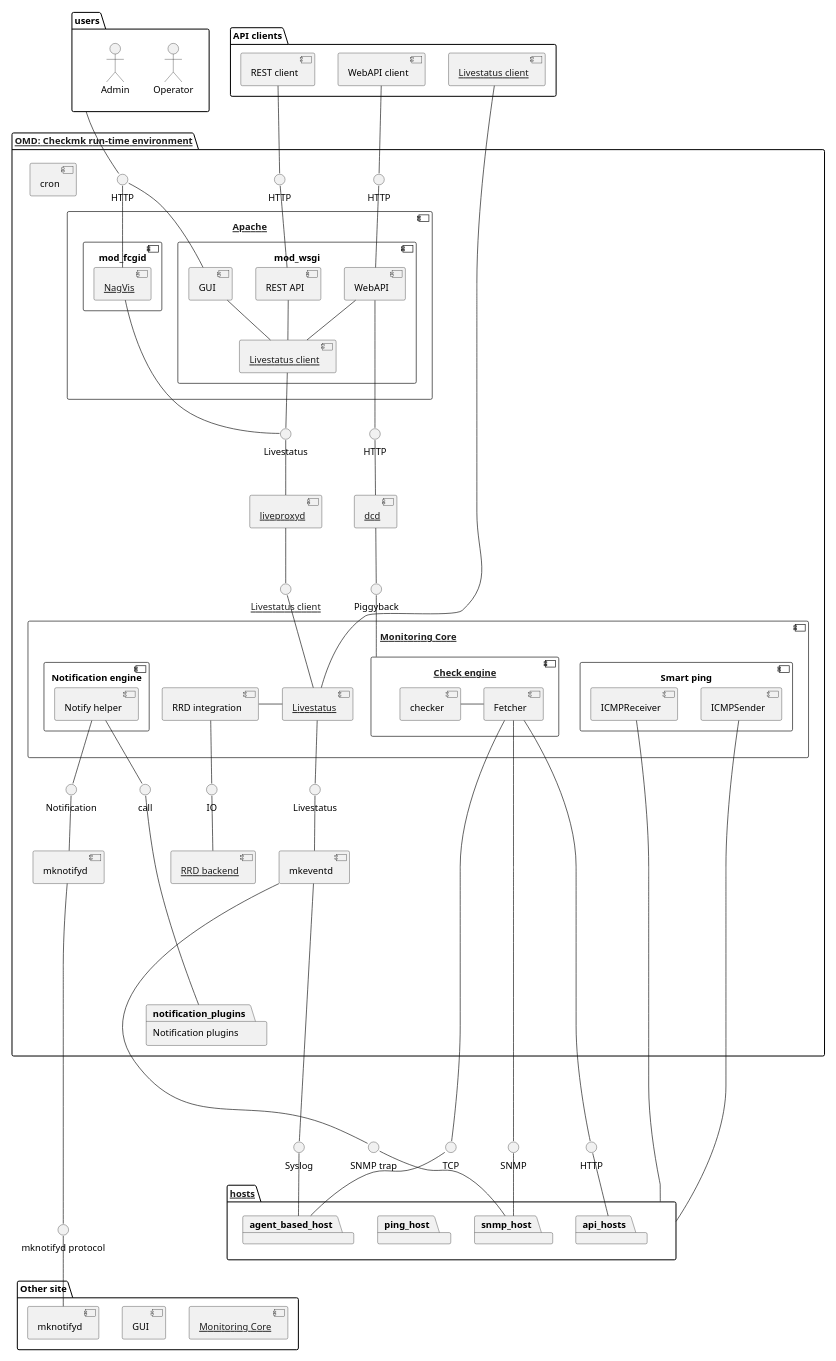
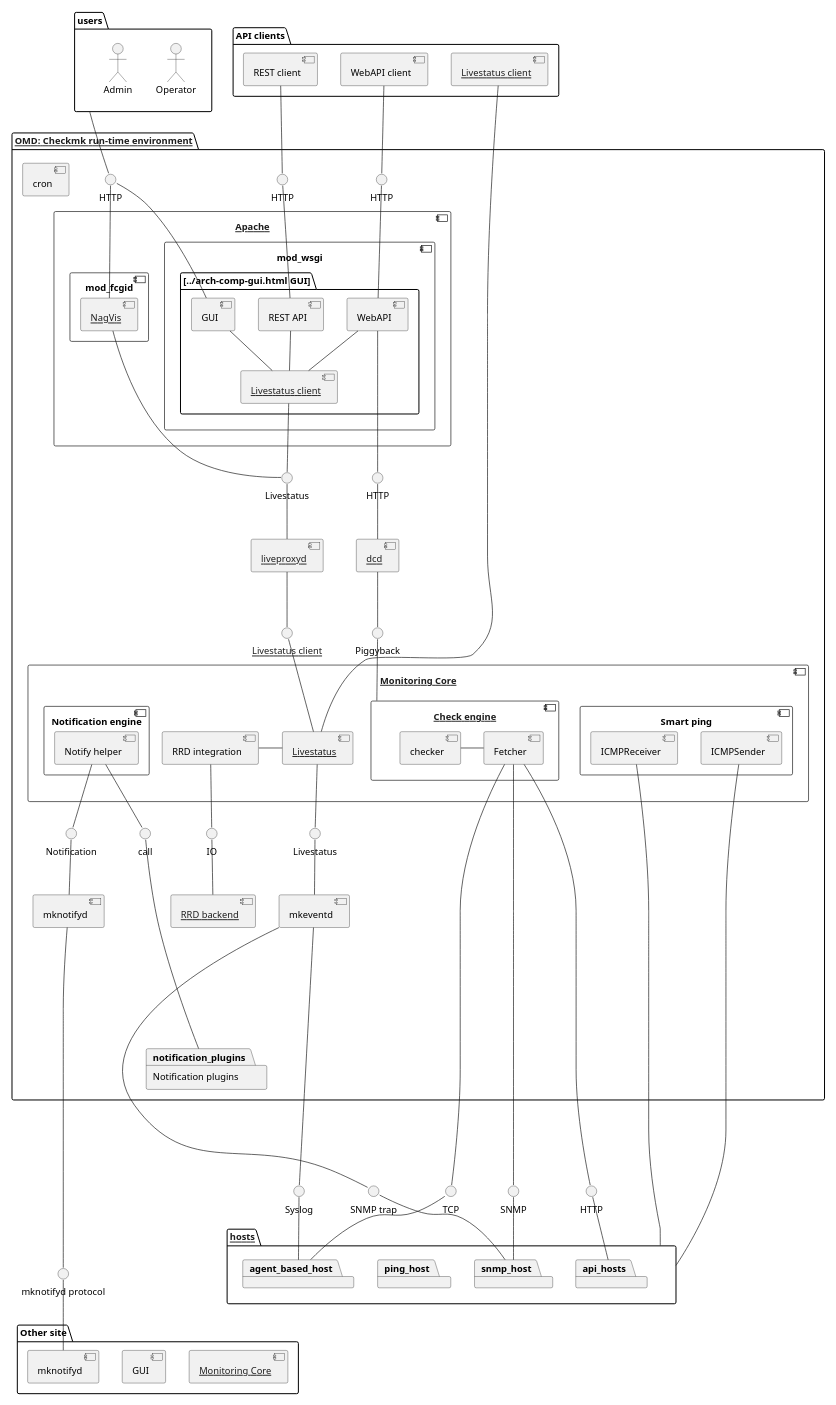
One commit to Checkmk/checkmk changed the diagram in doc/documentation/topology.puml. Above: the diagram before and after it, drawn with PlantUML. The commit also changed 4 other files, not shown here.

```diff
--- a/doc/documentation/topology.puml
+++ b/doc/documentation/topology.puml
@@ -1,149 +1,151 @@
 @startuml
 skinparam componentStyle uml2
 skinparam monochrome true
 ' Remove shadows
 skinparam shadowing false
 scale 0.6
 
 package users {
     actor "Operator" as operator
     actor "Admin" as admin
 }
 
 package "API clients" as api_clients {
     component "WebAPI client" as web_api_client
     component "REST client" as rest_api_client
     component "[[../arch-comp-livestatus-client.html Livestatus client]]" as external_livestatus_client
 }
 
 package "[[../arch-comp-omd.html OMD: Checkmk run-time environment]]" as omd {
     interface HTTP as http_gui
     interface HTTP as http_rest_api
     interface HTTP as http_web_api
     component "[[../arch-comp-apache.html Apache]]" as apache {
         component "mod_wsgi" as mod_wsgi {
-            component GUI
-            component "REST API" as rest_api
-            component WebAPI
-            component "[[../arch-comp-livestatus-client.html Livestatus client]]" as apache_livestatus_client
+            package "[[../arch-comp-gui.html GUI]]" {
+                component GUI
+                component "REST API" as rest_api
+                component WebAPI
+                component "[[../arch-comp-livestatus-client.html Livestatus client]]" as apache_livestatus_client
+            }
         }
         component mod_fcgid {
             component "[[../arch-comp-nagvis.html NagVis]]" as nagvis
         }
     }
     interface Livestatus as apache_livestatus
 
     component "[[../arch-comp-core.html Monitoring Core]]" as cmc {
         component "RRD integration" as rrd_integration
         component "[[../arch-comp-livestatus.html Livestatus]]" as cmc_livestatus_server
         component "[[../arch-comp-checkengine.html Check engine]]" as check_engine {
             component checker
             component Fetcher
         }
         component "Smart ping" as smart_ping {
             component ICMPReceiver
             component ICMPSender
         }
         component "Notification engine" as cmc_notify {
             component "Notify helper" as notify_helper
         }
     }
     interface "call" as call_notification_plugins
 
     component cron
 
     component "[[../arch-comp-liveproxyd.html liveproxyd]]" as liveproxyd
     interface "[[../arch-comp-livestatus-client.html Livestatus client]]" as liveproxyd_livestatus_client
 
     component "[[../arch-comp-dcd.html dcd]]" as dcd
     interface "HTTP" as dcd_web_api_client
     interface Piggyback as dcd_piggyback
 
     component mkeventd
     interface Livestatus as mkeventd_livestatus
 
     component mknotifyd
     interface Notification as mknotifyd_notification
 
     component "[[../arch-comp-rrd-backend.html RRD backend]]" as rrd_backend
     interface "IO" as rrd_io
 
     package "Notification plugins" as notification_plugins
 }
 
 package "Other site" as other_site {
     component "[[../arch-comp-core.html Monitoring Core]]" as cmc_other_site
     component "GUI" as gui_other_site
     component "mknotifyd" as mknotifyd_other_site
 }
 interface "mknotifyd protocol" as mknotifyd_protocol
 
 package "[[../arch-comp-hosts.html hosts]]" as hosts {
     package agent_based_host
     package snmp_host
     package ping_host
     package api_hosts
 }
 interface TCP
 interface Syslog
 interface SNMP
 interface "SNMP trap" as trap
 interface HTTP as api_hosts_http
 
 users -d- http_gui
 web_api_client -d- http_web_api
 rest_api_client -d- http_rest_api
 
 http_gui -d- GUI
 http_gui -d- nagvis
 http_web_api -d- WebAPI
 http_rest_api -d- rest_api
 
 GUI -d- apache_livestatus_client
 WebAPI -d- apache_livestatus_client
 rest_api -d- apache_livestatus_client
 apache_livestatus_client -d- apache_livestatus
 nagvis -d- apache_livestatus
 apache_livestatus -d- liveproxyd
 
 liveproxyd -d- liveproxyd_livestatus_client
 liveproxyd_livestatus_client -d- cmc_livestatus_server
 
 dcd -u- dcd_web_api_client
 dcd -d- dcd_piggyback
 dcd_web_api_client -l- WebAPI
 dcd_piggyback -d- check_engine
 
 ' Help visualization
 notify_helper -[hidden]r-> rrd_integration
 rrd_integration -r- cmc_livestatus_server
 checker -r- Fetcher
 
 external_livestatus_client -d- cmc_livestatus_server
 Fetcher -d----- TCP
 Fetcher -d----- SNMP
 Fetcher -d----- api_hosts_http
 TCP -d- agent_based_host
 SNMP -d- snmp_host
 api_hosts_http -d- api_hosts
 ICMPSender -d---- hosts
 ICMPReceiver -d---- hosts
 
 rrd_integration -d- rrd_io
 rrd_io -d- rrd_backend
 
 notify_helper -d- call_notification_plugins
 call_notification_plugins -d---- notification_plugins
 notify_helper -d- mknotifyd_notification
 mknotifyd_notification -d- mknotifyd
 mknotifyd -d------ mknotifyd_protocol
 mknotifyd_protocol -d- mknotifyd_other_site
 
 cmc_livestatus_server -d- mkeventd_livestatus
 mkeventd_livestatus -d- mkeventd
 mkeventd -d-- Syslog
 Syslog -d- agent_based_host
 mkeventd -d----- trap
 trap -d- snmp_host
 
 @enduml
```
